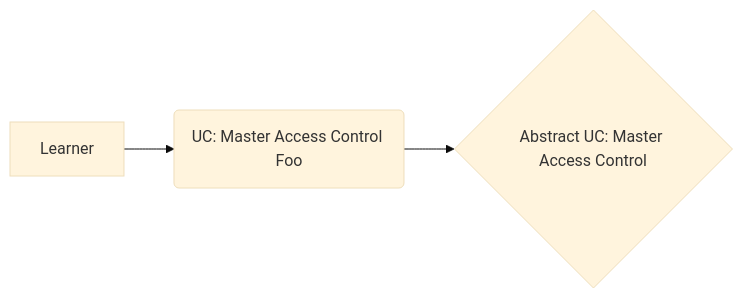
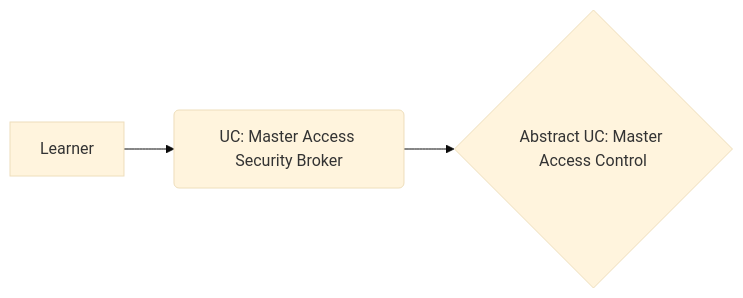
One commit to vanHeemstraSystems/learning-access-control-use-cases changed the diagram in index.qmd. Above: the diagram before and after it, drawn with Mermaid (base theme).

````diff
--- a/index.qmd
+++ b/index.qmd
@@ -11,5 +11,5 @@
 ```{mermaid}
 flowchart LR
-  A[Learner] --> B(UC: Master Access Control Foo)
+  A[Learner] --> B(UC: Master Access Security Broker)
   B --> F{Abstract UC: Master Access Control}
 ```
````
